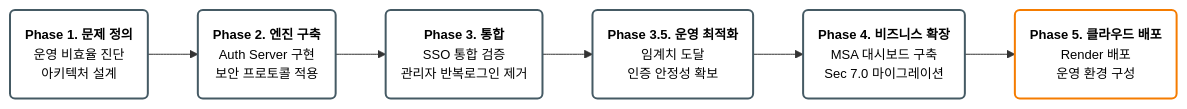
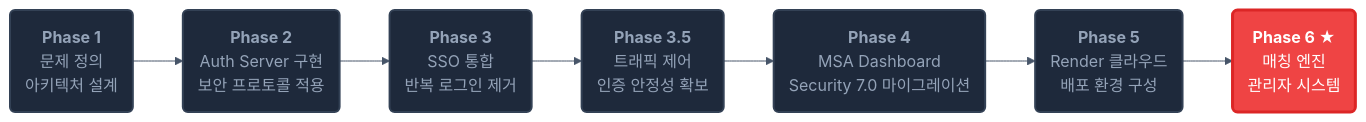
Before and after one commit to hello-pebble/auth-gateway-platform: the third of 4 diagrams in README.md, drawn with Mermaid. The commit also changed other lines of this file, not shown here.

Commit message:
docs: README 전면 개편 - 하네스 엔지니어링 여정, 아키텍처(admin-module), 로드맵 갱신

````diff
--- a/README.md
+++ b/README.md
@@ -2,35 +106,27 @@
 ```mermaid
+%%{init: {'theme': 'base', 'themeVariables': {'primaryColor': '#1e293b', 'primaryTextColor': '#f1f5f9', 'lineColor': '#475569', 'edgeLabelBackground': '#0f172a'}}}%%
 graph LR
-    %% 단계 정의
-    Step1(<b>Phase 1. 문제 정의</b><br/>운영 비효율 진단<br/>아키텍처 설계)
-    Step2(<b>Phase 2. 엔진 구축</b><br/>Auth Server 구현<br/>보안 프로토콜 적용)
-    Step3(<b>Phase 3. 통합</b><br/>SSO 통합 검증<br/>관리자 반복로그인 제거)
-    Step3.5(<b>Phase 3.5. 운영 최적화</b><br/>임계치 도달<br/>인증 안정성 확보)
-    Step4(<b>Phase 4. 비즈니스 확장</b><br/>MSA 대시보드 구축<br/>Sec 7.0 마이그레이션)
-    Step5(<b>Phase 5. 클라우드 배포</b><br/>Render 배포<br/>운영 환경 구성)
+    P1("<b>Phase 1</b><br/>문제 정의<br/>아키텍처 설계")
+    P2("<b>Phase 2</b><br/>Auth Server 구현<br/>보안 프로토콜 적용")
+    P3("<b>Phase 3</b><br/>SSO 통합<br/>반복 로그인 제거")
+    P35("<b>Phase 3.5</b><br/>트래픽 제어<br/>인증 안정성 확보")
+    P4("<b>Phase 4</b><br/>MSA Dashboard<br/>Security 7.0 마이그레이션")
+    P5("<b>Phase 5</b><br/>Render 클라우드<br/>배포 환경 구성")
+    P6("<b>Phase 6 ★</b><br/>매칭 엔진<br/>관리자 시스템")
 
-    %% 흐름 연결
-    Step1 --> Step2
-    Step2 -->Step3
-    Step3 -->Step3.5
-    Step3.5 -->Step4
-    Step4 -->Step5
+    P1 --> P2 --> P3 --> P35 --> P4 --> P5 --> P6
 
-    %% 스타일링
-    style Step1 fill:#ffffff,color:#000000,stroke:#455a64,stroke-width:2px
-    style Step2 fill:#ffffff,color:#000000,stroke:#455a64,stroke-width:2px
-    style Step3 fill:#ffffff,color:#000000,stroke:#455a64,stroke-width:2px
-    style Step3.5 fill:#ffffff,color:#000000,stroke:#455a64,stroke-width:2px
-    style Step4 fill:#ffffff,color:#000000,stroke:#455a64,stroke-width:2px
-    style Step5 fill:#ffffff,color:#000000,stroke:#f57c00,stroke-width:2px
+    style P1  fill:#1e293b,color:#94a3b8,stroke:#334155,stroke-width:2px
+    style P2  fill:#1e293b,color:#94a3b8,stroke:#334155,stroke-width:2px
+    style P3  fill:#1e293b,color:#94a3b8,stroke:#334155,stroke-width:2px
+    style P35 fill:#1e293b,color:#94a3b8,stroke:#334155,stroke-width:2px
+    style P4  fill:#1e293b,color:#94a3b8,stroke:#334155,stroke-width:2px
+    style P5  fill:#1e293b,color:#94a3b8,stroke:#334155,stroke-width:2px
+    style P6  fill:#ef4444,color:#ffffff,stroke:#dc2626,stroke-width:3px
 
-    %% 하단 주석 대신 방향성 표시
-    classDef default font-family:Arial,font-size:13px;
-
-    %% 클릭 이벤트 추가
-    click Step1 "./docs/phase/phase1.md"
-    click Step2 "./docs/phase/phase2.md"
-    click Step3 "./docs/phase/phase3.md"
-    click Step3.5 "./docs/phase/phase3_5.md"
-    click Step4 "./docs/phase/phase4.md"
+    click P1 "./docs/phase/phase1.md"
+    click P2 "./docs/phase/phase2.md"
+    click P3 "./docs/phase/phase3.md"
+    click P35 "./docs/phase/phase3_5.md"
+    click P4 "./docs/phase/phase4.md"
 ```
````
